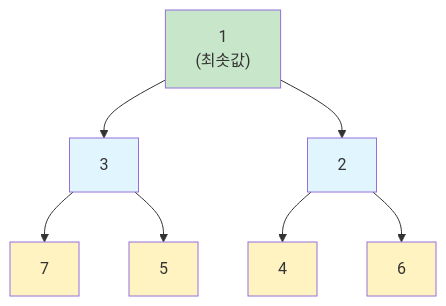
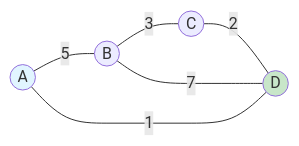
Before and after one commit to nugurejeil/weniVooks: the second of 5 diagrams in _md/essentials-codingtest/chapter03/03-5.md, drawn with Mermaid. The commit also changed other lines of this file and 2 other files, not shown here.

````diff
--- a/_md/essentials-codingtest/chapter03/03-5.md
+++ b/_md/essentials-codingtest/chapter03/03-5.md
@@ -31,17 +48,11 @@
 ```mermaid
-graph TD
-    A["1<br/>(최솟값)"] --> B["3"]
-    A --> C["2"]
-    B --> D["7"]
-    B --> E["5"]
-    C --> F["4"]
-    C --> G["6"]
+graph LR
+    A((A)) ---|5| B((B))
+    B ---|3| C((C))
+    C ---|2| D((D))
+    A ---|1| D
+    B ---|7| D
 
-    style A fill:#c8e6c9
-    style B fill:#e1f5ff
-    style C fill:#e1f5ff
-    style D fill:#fff4c1
-    style E fill:#fff4c1
-    style F fill:#fff4c1
-    style G fill:#fff4c1
+    style A fill:#e1f5ff
+    style D fill:#c8e6c9
 ```
````
